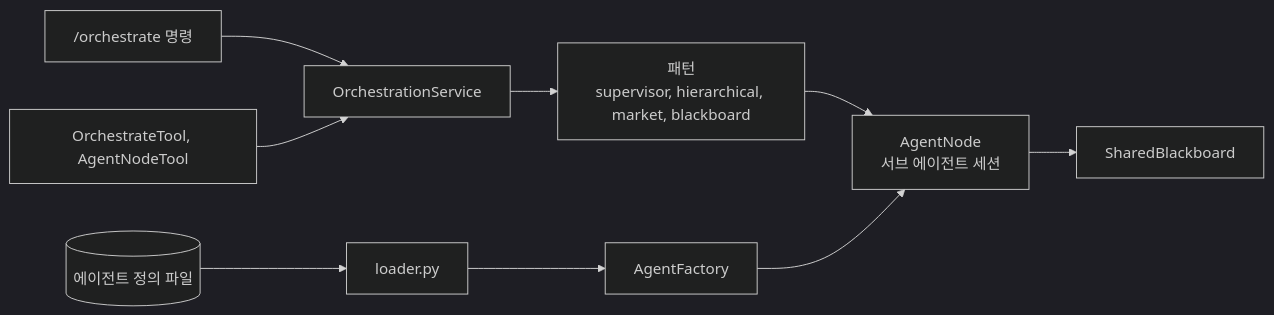
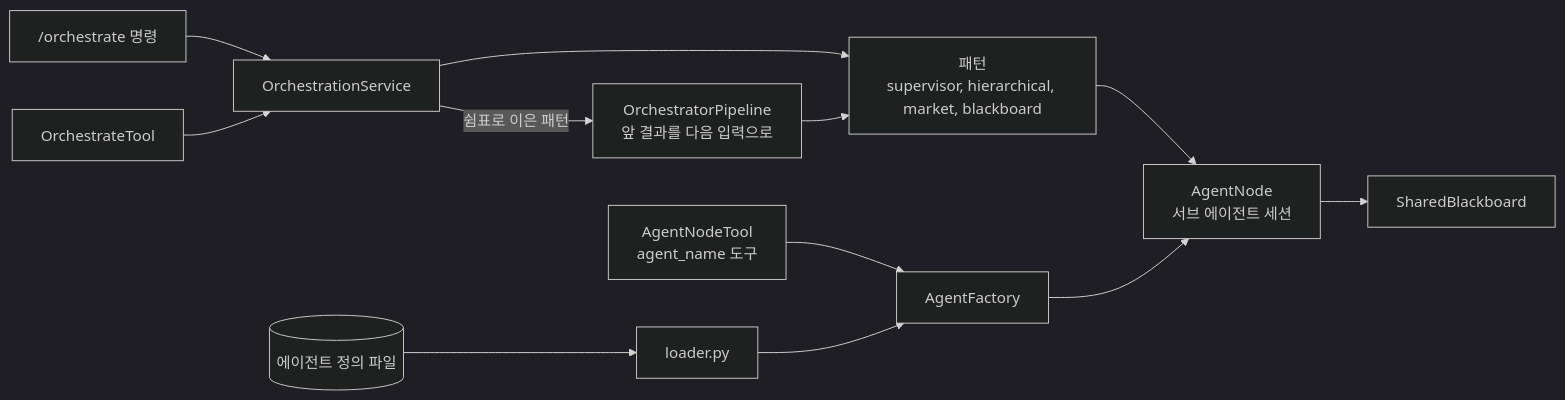
One commit to ash-hun/jarvis-agent changed the second of 2 diagrams in website/docs/concepts/multi-agent-orchestration/orchestration-pattern.md. Above: the diagram before and after it, drawn with Mermaid (dark theme). The commit also changed other lines of this file and 30 other files, not shown here.

First line of the commit message:
Docs: 기능별 그림 13장과 캡션, mermaid 를 지금 코드에 맞춰, 사라진 메모리 미들웨어와 ThoughtFrame 약속 필드를 지우고 이후 추가된 경로를 그린다 (#179)

````diff
--- a/website/docs/concepts/multi-agent-orchestration/orchestration-pattern.md
+++ b/website/docs/concepts/multi-agent-orchestration/orchestration-pattern.md
@@ -92,11 +93,14 @@
 ```mermaid
 flowchart LR
   CMD["/orchestrate 명령"] --> SVC[OrchestrationService]
-  TOOL[OrchestrateTool, AgentNodeTool] --> SVC
+  TOOL[OrchestrateTool] --> SVC
+  NT[AgentNodeTool<br/>agent_name 도구] --> FAC
   DEF[(에이전트 정의 파일)] --> LOAD[loader.py]
   LOAD --> FAC[AgentFactory]
   SVC --> TOP[패턴<br/>supervisor, hierarchical, market, blackboard]
+  SVC -->|쉼표로 이은 패턴| PIPE[OrchestratorPipeline<br/>앞 결과를 다음 입력으로]
+  PIPE --> TOP
   TOP --> NODE[AgentNode<br/>서브 에이전트 세션]
   FAC --> NODE
   NODE --> BB[SharedBlackboard]
 ```
````
